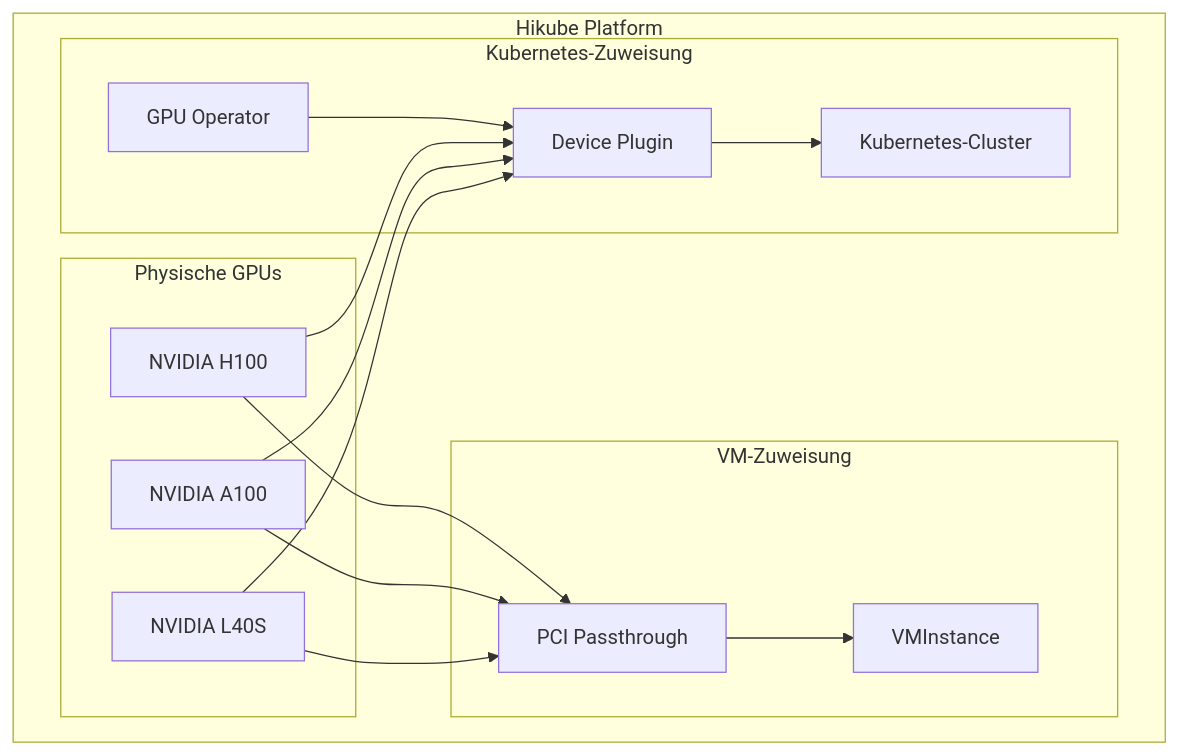
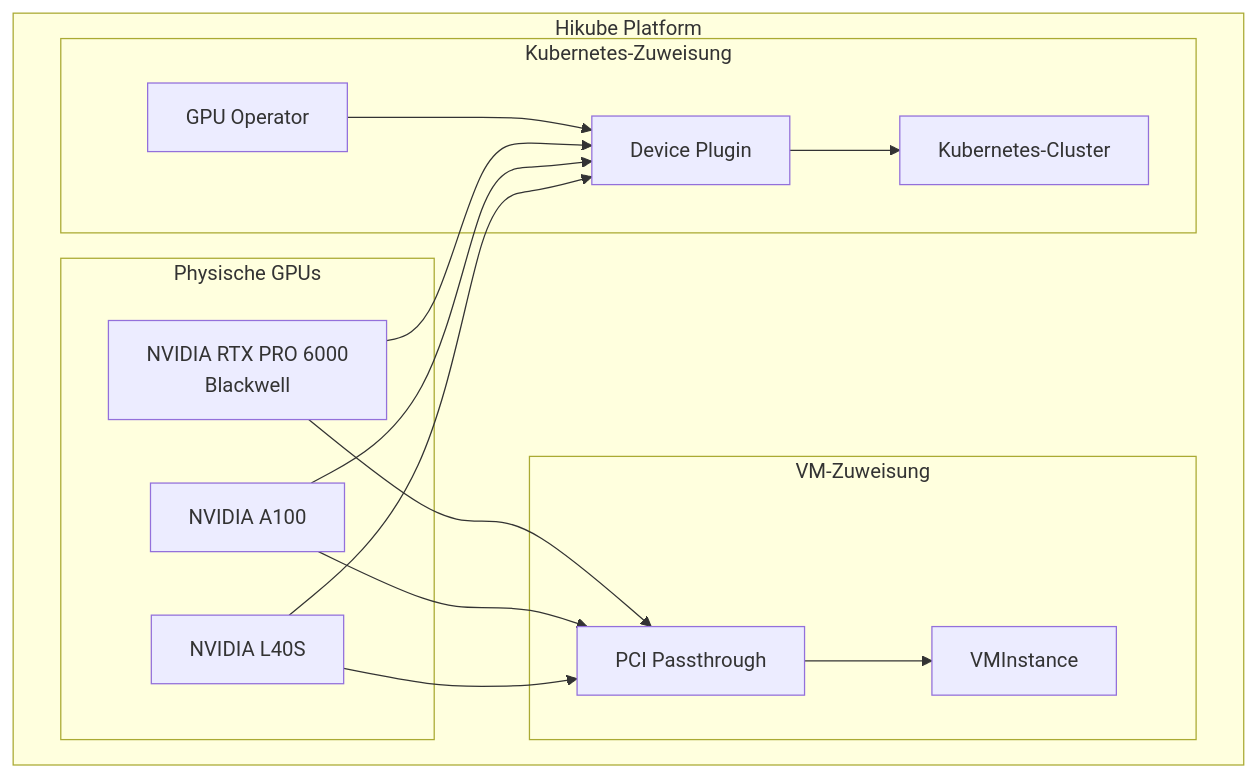
Before and after one commit to HidoraSwiss/hikube-public-doc: the first of 2 diagrams in i18n/de/docusaurus-plugin-content-docs/current/services/gpu/concepts.md, drawn with Mermaid. The commit also changed other lines of this file and 20 other files, not shown here.

````diff
--- a/i18n/de/docusaurus-plugin-content-docs/current/services/gpu/concepts.md
+++ b/i18n/de/docusaurus-plugin-content-docs/current/services/gpu/concepts.md
@@ -12,32 +12,32 @@
 ```mermaid
 graph TB
     subgraph "Hikube Platform"
         subgraph "Physische GPUs"
             G1[NVIDIA L40S]
             G2[NVIDIA A100]
-            G3[NVIDIA H100]
+            G3[NVIDIA RTX PRO 6000<br/>Blackwell]
         end
 
         subgraph "VM-Zuweisung"
             VMI[VMInstance]
             PT[PCI Passthrough]
         end
 
         subgraph "Kubernetes-Zuweisung"
             K8S[Kubernetes-Cluster]
             DP[Device Plugin]
             GO[GPU Operator]
         end
     end
 
     G1 --> PT
     G2 --> PT
     G3 --> PT
     PT --> VMI
 
     G1 --> DP
     G2 --> DP
     G3 --> DP
     GO --> DP
     DP --> K8S
 ```
````
